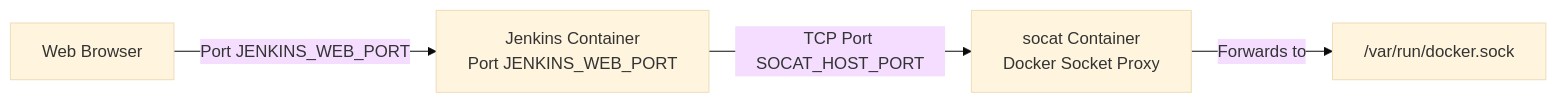
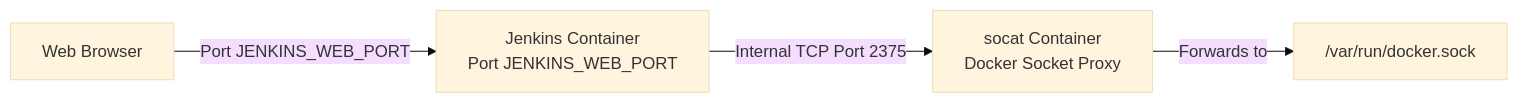
The diagram in apps/jenkins/README.md (mrishab/anton-apps), drawn with Mermaid (base theme) before and after one commit. The commit also changed other lines of this file and 5 other files, not shown here.

First line of the commit message:
fix(security): remove public port bindings for jenkins socat and hermes redis

````diff
--- a/apps/jenkins/README.md
+++ b/apps/jenkins/README.md
@@ -7,11 +7,11 @@
 ```mermaid
 graph LR
     Browser["Web Browser"]
     Jenkins["Jenkins Container\nPort JENKINS_WEB_PORT"]
     Socat["socat Container\nDocker Socket Proxy"]
     DockerSock["/var/run/docker.sock"]
 
     Browser -->|Port JENKINS_WEB_PORT| Jenkins
-    Jenkins -->|TCP Port SOCAT_HOST_PORT| Socat
+    Jenkins -->|Internal TCP Port 2375| Socat
     Socat -->|Forwards to| DockerSock
 ```
````
